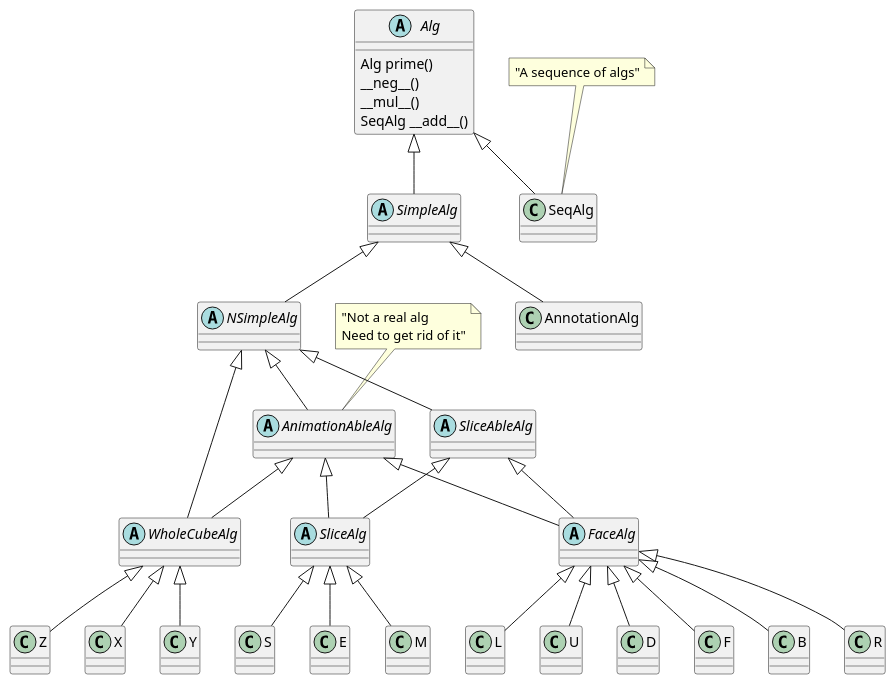
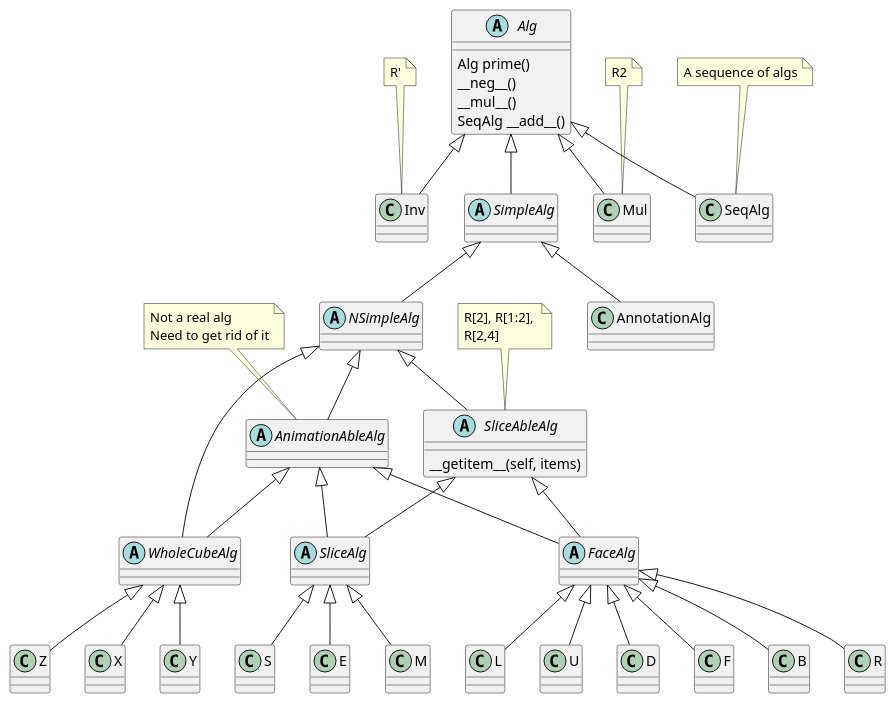
Before and after one commit to boaznahum/cubesolve: the diagram in cube/algs/algs.puml, drawn with PlantUML. The commit also changed 1 other file, not shown here.

Commit message:
Fix Algs UML

```diff
--- a/cube/algs/algs.puml
+++ b/cube/algs/algs.puml
@@ -1,59 +1,68 @@
 @startuml
 'https://plantuml.com/class-diagram
 
 abstract class Alg {
     Alg prime()
     __neg__()
     __mul__()
     SeqAlg __add__()
 }
 
 abstract class SimpleAlg
 abstract class NSimpleAlg
 
 abstract class AnimationAbleAlg
-note top of AnimationAbleAlg: "Not a real alg\nNeed to get rid of it"
+note top of AnimationAbleAlg: Not a real alg\nNeed to get rid of it
 
-abstract class SliceAbleAlg
+abstract class SliceAbleAlg {
+    __getitem__(self, items)
+}
 abstract class FaceAlg
 abstract class SliceAlg
 abstract class WholeCubeAlg
 
 Alg  <|--  SimpleAlg
 SimpleAlg  <|--  NSimpleAlg
 SimpleAlg  <|--  AnnotationAlg
 NSimpleAlg  <|--  AnimationAbleAlg
 NSimpleAlg  <|--  SliceAbleAlg
 
+Alg  <|--  Inv
+Alg  <|--  Mul
+note top of Inv: R'
+note top of Mul: R2
+
 SliceAbleAlg  <|--  FaceAlg
 AnimationAbleAlg  <|--  FaceAlg
+
+note top of SliceAbleAlg: R[2], R[1:2], \nR[2,4]
 
 SliceAbleAlg  <|--  SliceAlg
 AnimationAbleAlg  <|--  SliceAlg
 
 NSimpleAlg  <|--  WholeCubeAlg
 AnimationAbleAlg  <|--  WholeCubeAlg
 
 FaceAlg <|-- U
 FaceAlg <|-- D
 FaceAlg <|-- F
 FaceAlg <|-- B
 FaceAlg <|-- R
 FaceAlg <|-- L
 
 together  {
 SliceAlg <|-- M
 SliceAlg <|-- E
 SliceAlg <|-- S
 }
 
 WholeCubeAlg <|-- X
 WholeCubeAlg <|-- Y
 WholeCubeAlg <|-- Z
 
 Alg <|-- SeqAlg
 
-note top of SeqAlg: "A sequence of algs"
+note top of SeqAlg: A sequence of algs
 
 
 @enduml
```
